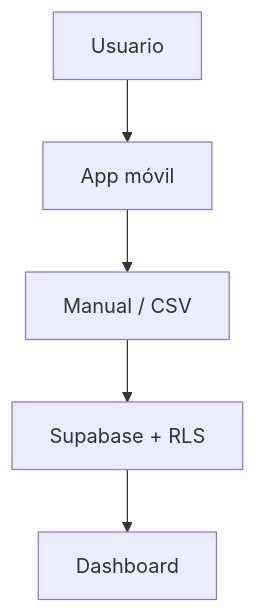
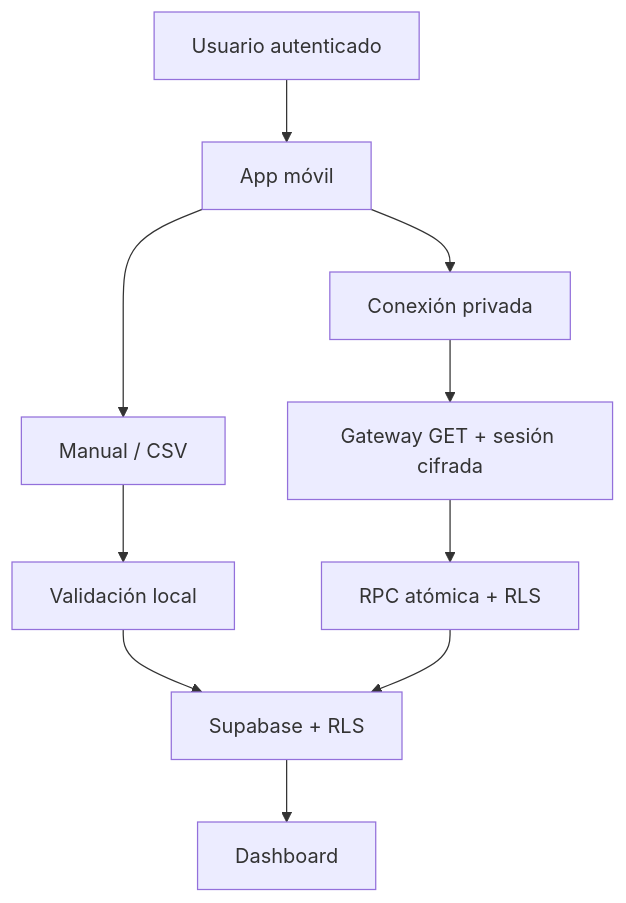
One commit to Icontre2/fantasy-copilot changed the first of 2 diagrams in docs/architecture.md. Above: the diagram before and after it, drawn with Mermaid. The commit also changed other lines of this file, not shown here.

Commit message:
Update architecture for the private LALIGA pilot

````diff
--- a/docs/architecture.md
+++ b/docs/architecture.md
@@ -17,7 +9,12 @@
 ```mermaid
 flowchart TD
-  USER["Usuario"] --> WEB["App móvil"]
-  WEB --> IMPORT["Manual / CSV"]
-  IMPORT --> SUPA["Supabase + RLS"]
+  USER["Usuario autenticado"] --> WEB["App móvil"]
+  WEB --> DIRECT["Conexión privada"]
+  WEB --> FALLBACK["Manual / CSV"]
+  DIRECT --> GATEWAY["Gateway GET + sesión cifrada"]
+  GATEWAY --> RPC["RPC atómica + RLS"]
+  FALLBACK --> VALIDATE["Validación local"]
+  VALIDATE --> SUPA["Supabase + RLS"]
+  RPC --> SUPA
   SUPA --> INSIGHTS["Dashboard"]
 ```
````
